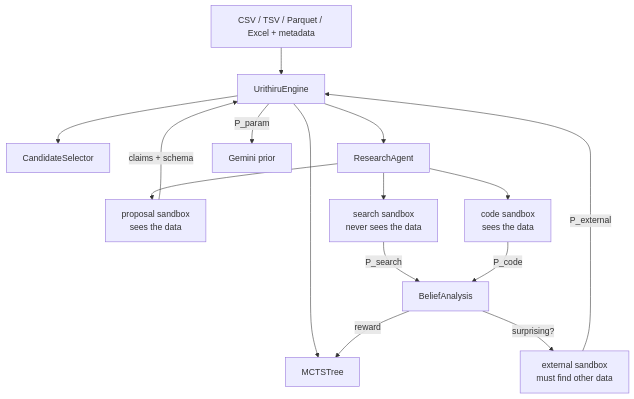
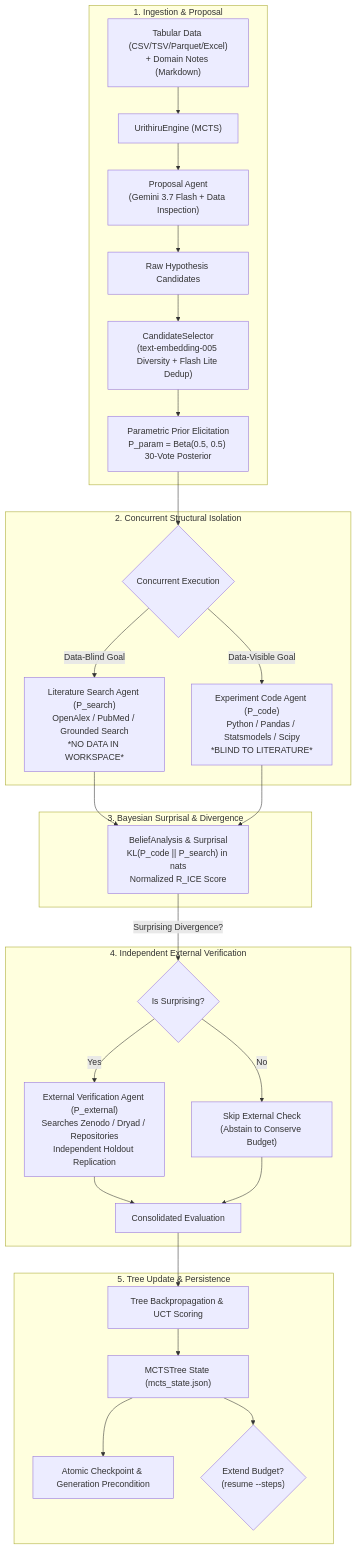
The first of 2 diagrams in docs/architecture.md (eamag/urithiru), drawn with Mermaid before and after one commit. The commit also changed other lines of this file and 9 other files, not shown here.

````diff
--- a/docs/architecture.md
+++ b/docs/architecture.md
@@ -6,17 +8,36 @@
 ```mermaid
 flowchart TD
-    Data[CSV / TSV / Parquet / Excel + metadata] --> Engine[UrithiruEngine]
-    Engine --> Tree[MCTSTree]
-    Engine --> Selector[CandidateSelector]
-    Engine --> Agent[ResearchAgent]
-    Agent --> Proposal["proposal sandbox<br/>sees the data"]
-    Proposal -->|claims + schema| Engine
-    Engine -->|P_param| Prior[Gemini prior]
-    Agent --> Search["search sandbox<br/>never sees the data"]
-    Agent --> Code["code sandbox<br/>sees the data"]
-    Search -->|P_search| Analysis[BeliefAnalysis]
-    Code -->|P_code| Analysis
-    Analysis -->|surprising?| External["external sandbox<br/>must find other data"]
-    External -->|P_external| Engine
-    Analysis -->|reward| Tree
+    subgraph Ingestion["1. Ingestion & Proposal"]
+        Data["Tabular Data (CSV/TSV/Parquet/Excel)<br/>+ Domain Notes (Markdown)"] --> Engine["UrithiruEngine (MCTS)"]
+        Engine --> Proposal["Proposal Agent<br/>(Gemini 3.7 Flash + Data Inspection)"]
+        Proposal --> Claims["Raw Hypothesis Candidates"]
+        Claims --> Selector["CandidateSelector<br/>(text-embedding-005 Diversity + Flash Lite Dedup)"]
+        Selector --> Prior["Parametric Prior Elicitation<br/>P_param = Beta(0.5, 0.5) 30-Vote Posterior"]
+    end
+
+    subgraph SplitSandbox["2. Concurrent Structural Isolation"]
+        Prior --> Fork{"Concurrent Execution"}
+        Fork -->|Data-Blind Goal| Search["Literature Search Agent (P_search)<br/>OpenAlex / PubMed / Grounded Search<br/>*NO DATA IN WORKSPACE*"]
+        Fork -->|Data-Visible Goal| Code["Experiment Code Agent (P_code)<br/>Python / Pandas / Statsmodels / Scipy<br/>*BLIND TO LITERATURE*"]
+    end
+
+    subgraph SurprisalBlock["3. Bayesian Surprisal & Divergence"]
+        Search --> Analysis["BeliefAnalysis & Surprisal<br/>KL(P_code || P_search) in nats<br/>Normalized R_ICE Score"]
+        Code --> Analysis
+    end
+
+    subgraph ExternalBlock["4. Independent External Verification"]
+        Analysis -->|Surprising Divergence?| Check{"Is Surprising?"}
+        Check -->|Yes| External["External Verification Agent (P_external)<br/>Searches Zenodo / Dryad / Repositories<br/>Independent Holdout Replication"]
+        Check -->|No| Skip["Skip External Check<br/>(Abstain to Conserve Budget)"]
+        External --> Synthesis["Consolidated Evaluation"]
+        Skip --> Synthesis
+    end
+
+    subgraph MCTS["5. Tree Update & Persistence"]
+        Synthesis --> Backprop["Tree Backpropagation & UCT Scoring"]
+        Backprop --> Tree["MCTSTree State (mcts_state.json)"]
+        Tree --> Checkpoint["Atomic Checkpoint & Generation Precondition"]
+        Tree --> Extend{"Extend Budget?<br/>(resume --steps)"}
+    end
 ```
````
